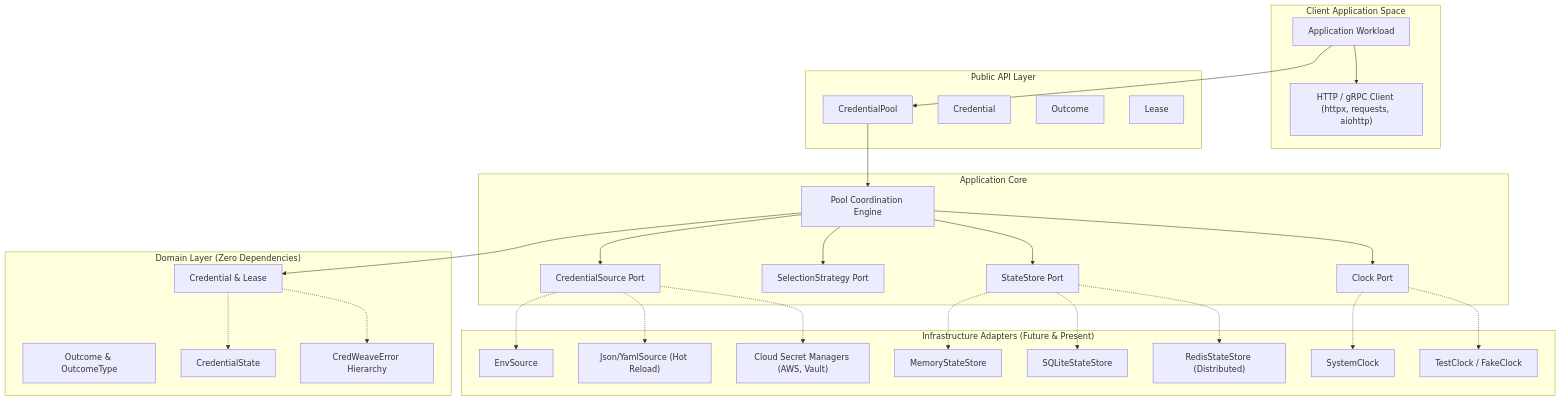
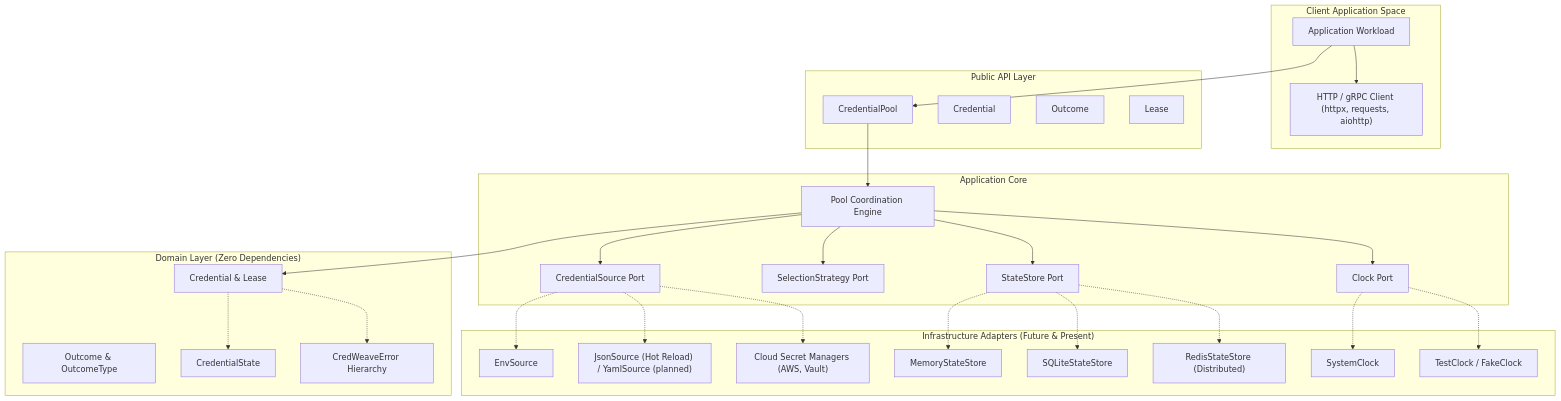
Before and after one commit to AmaLS367/CredWeave: the second of 2 diagrams in docs/architecture/architecture.md, drawn with Mermaid. The commit also changed other lines of this file and 16 other files, not shown here.

````diff
--- a/docs/architecture/architecture.md
+++ b/docs/architecture/architecture.md
@@ -247,65 +266,65 @@
 ```mermaid
 flowchart TD
     subgraph ClientApp["Client Application Space"]
         App["Application Workload"]
         HTTPClient["HTTP / gRPC Client (httpx, requests, aiohttp)"]
     end
 
     subgraph PublicAPI["Public API Layer"]
         PoolAPI["CredentialPool"]
         CredModel["Credential"]
         OutModel["Outcome"]
         LeaseModel["Lease"]
     end
 
     subgraph ApplicationLayer["Application Core"]
         CoordService["Pool Coordination Engine"]
         PortSource["CredentialSource Port"]
         PortStrat["SelectionStrategy Port"]
         PortStore["StateStore Port"]
         PortClock["Clock Port"]
     end
 
     subgraph InfrastructureLayer["Infrastructure Adapters (Future & Present)"]
         EnvSource["EnvSource"]
-        FileSource["Json/YamlSource (Hot Reload)"]
+        FileSource["JsonSource (Hot Reload) / YamlSource (planned)"]
         VaultSource["Cloud Secret Managers (AWS, Vault)"]
         
         MemStore["MemoryStateStore"]
         SqlStore["SQLiteStateStore"]
         RedisStore["RedisStateStore (Distributed)"]
         
         SysClock["SystemClock"]
         TestClock["TestClock / FakeClock"]
     end
 
     subgraph DomainLayer["Domain Layer (Zero Dependencies)"]
         DomainEntities["Credential & Lease"]
         DomainOutcomes["Outcome & OutcomeType"]
         DomainStates["CredentialState"]
         DomainErrors["CredWeaveError Hierarchy"]
     end
 
     App --> PoolAPI
     App --> HTTPClient
     PoolAPI --> CoordService
     CoordService --> PortSource
     CoordService --> PortStrat
     CoordService --> PortStore
     CoordService --> PortClock
     CoordService --> DomainEntities
 
     PortSource -.-> EnvSource
     PortSource -.-> FileSource
     PortSource -.-> VaultSource
 
     PortStore -.-> MemStore
     PortStore -.-> SqlStore
     PortStore -.-> RedisStore
 
     PortClock -.-> SysClock
     PortClock -.-> TestClock
 
     DomainEntities -.-> DomainStates
     DomainEntities -.-> DomainErrors
 ```
````
